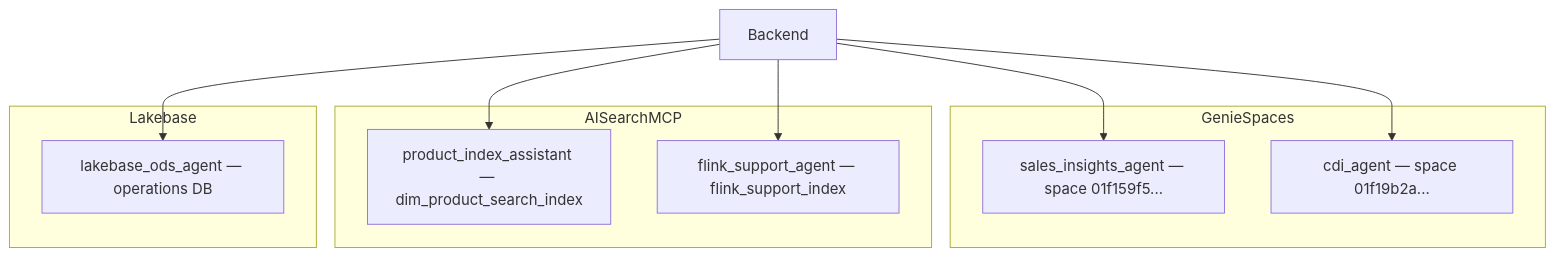
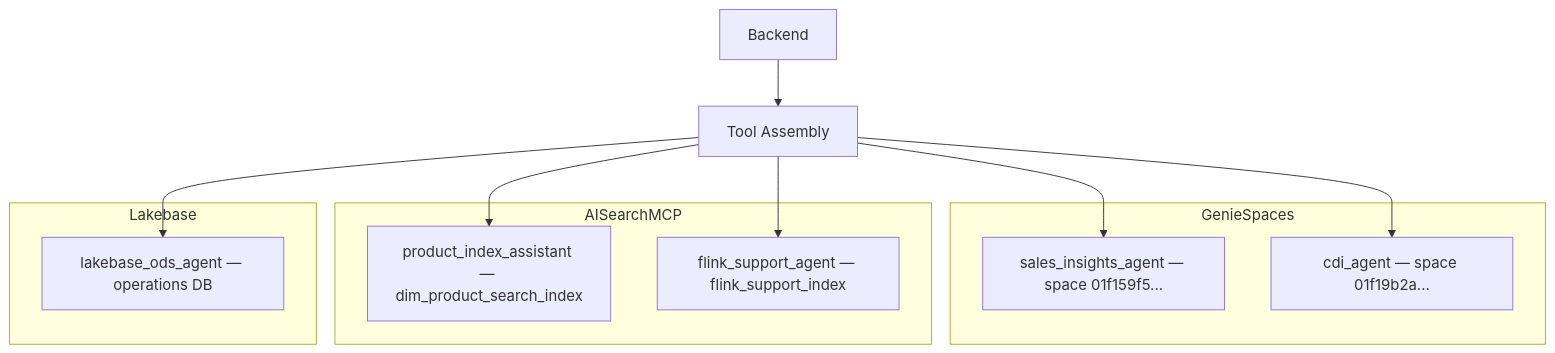
The third of 3 diagrams in docs/architecture/design-artifacts/05-deployment-high-level.md (wchen-dea/Governed-Multi-Agent-Intelligence-on-Databricks), drawn with Mermaid before and after one commit. The commit also changed other lines of this file and 13 other files, not shown here.

````diff
--- a/docs/architecture/design-artifacts/05-deployment-high-level.md
+++ b/docs/architecture/design-artifacts/05-deployment-high-level.md
@@ -44,22 +46,23 @@
 ```mermaid
 flowchart TB
     subgraph GenieSpaces
         S1[sales_insights_agent — space 01f159f5...]
         S2[cdi_agent — space 01f19b2a...]
     end
 
     subgraph AISearchMCP
         S3[product_index_assistant — dim_product_search_index]
         S4[flink_support_agent — flink_support_index]
     end
 
     subgraph Lakebase
         S5[lakebase_ods_agent — operations DB]
     end
 
-    BE[Backend] --> S1
-    BE --> S2
-    BE --> S3
-    BE --> S4
-    BE --> S5
+    BE[Backend] --> ASM[Tool Assembly]
+    ASM --> S1
+    ASM --> S2
+    ASM --> S3
+    ASM --> S4
+    ASM --> S5
 ```
````
